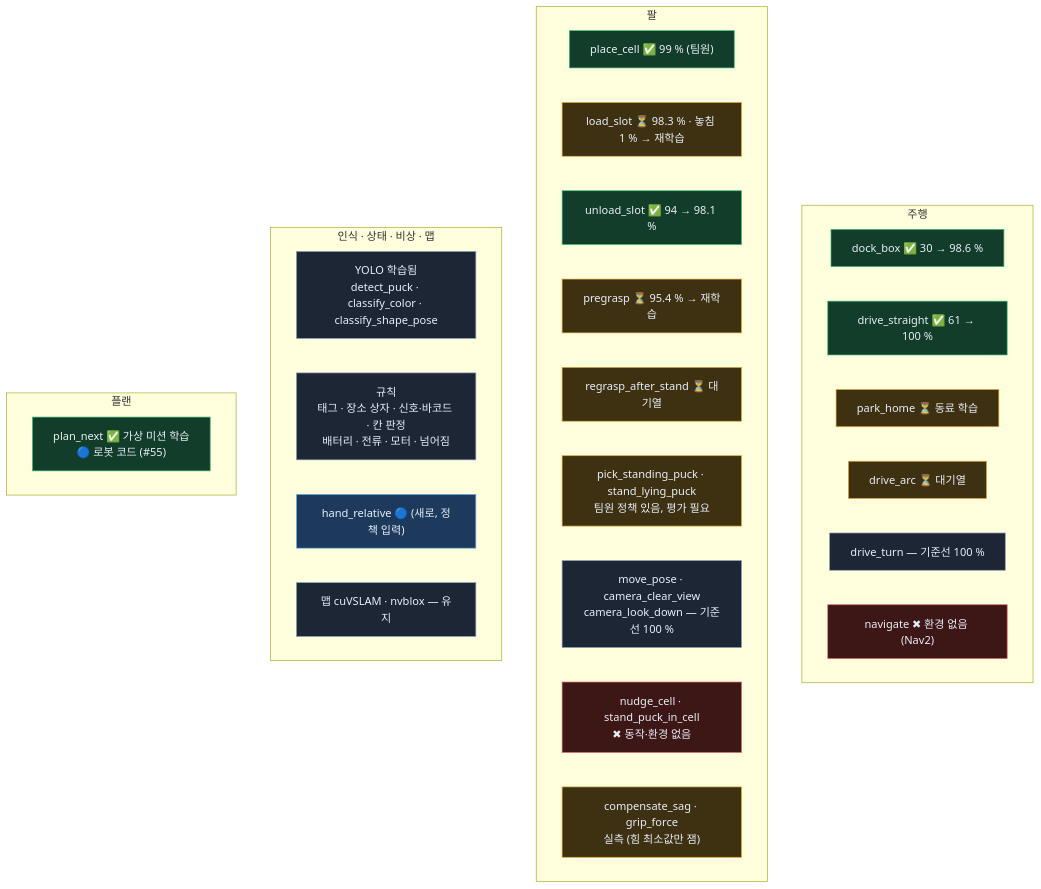
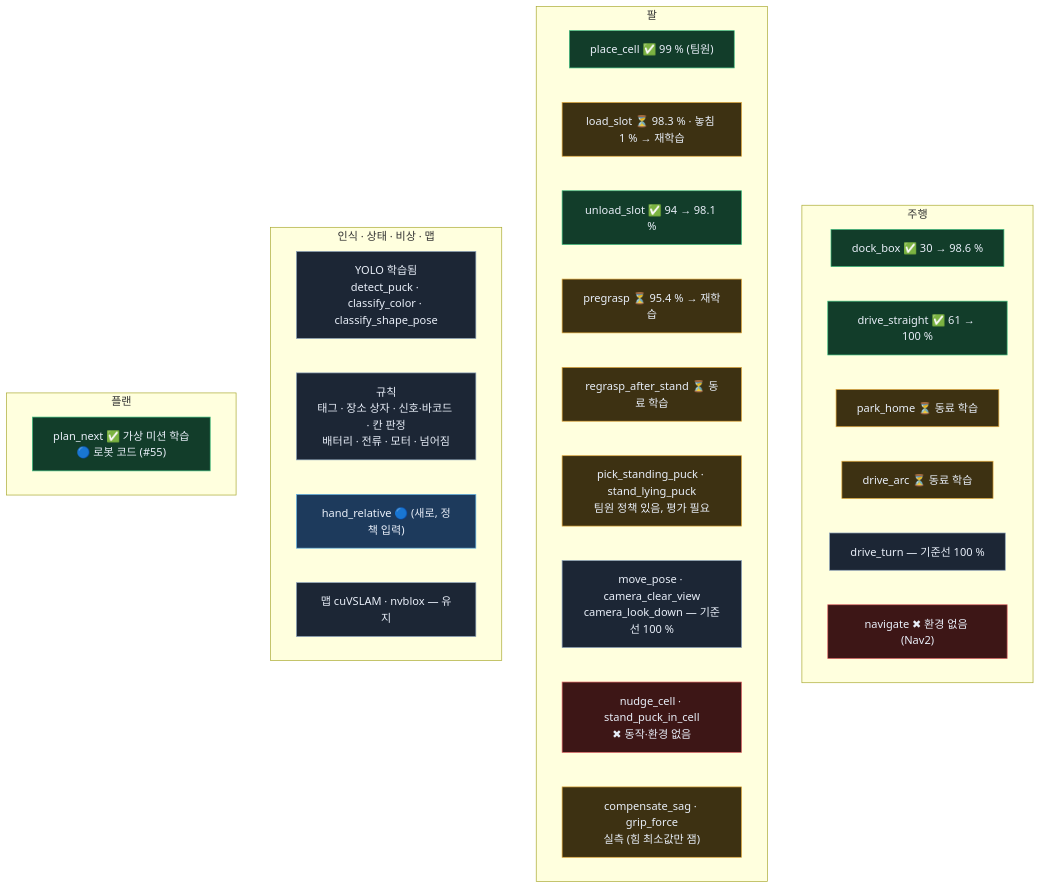
The seventh of 9 diagrams in bee/system-map.md (JuneKunst/JuneKunst.github.io), drawn with Mermaid before and after one commit. The commit also changed other lines of this file and 1 other file, not shown here.

Commit message:
docs: bee 남은 3개는 동료 학습으로 표시

````diff
--- a/bee/system-map.md
+++ b/bee/system-map.md
@@ -280,36 +280,36 @@
 ```mermaid
 flowchart TB
   subgraph g4_DRIVE["주행"]
     g4_d1["dock_box ✅ 30 → 98.6 %"]:::ok
     g4_d2["drive_straight ✅ 61 → 100 %"]:::ok
     g4_d3["park_home ⏳ 동료 학습"]:::wip
-    g4_d4["drive_arc ⏳ 대기열"]:::wip
+    g4_d4["drive_arc ⏳ 동료 학습"]:::wip
     g4_d5["drive_turn — 기준선 100 %"]:::keep
     g4_d6["navigate ✖ 환경 없음 (Nav2)"]:::no
   end
   subgraph g4_ARM["팔"]
     g4_a1["place_cell ✅ 99 % (팀원)"]:::ok
     g4_a2["load_slot ⏳ 98.3 % · 놓침 1 % → 재학습"]:::wip
     g4_a3["unload_slot ✅ 94 → 98.1 %"]:::ok
     g4_a4["pregrasp ⏳ 95.4 % → 재학습"]:::wip
-    g4_a5["regrasp_after_stand ⏳ 대기열"]:::wip
+    g4_a5["regrasp_after_stand ⏳ 동료 학습"]:::wip
     g4_a6["pick_standing_puck · stand_lying_puck<br/>팀원 정책 있음, 평가 필요"]:::wip
     g4_a7["move_pose · camera_clear_view<br/>camera_look_down — 기준선 100 %"]:::keep
     g4_a8["nudge_cell · stand_puck_in_cell<br/>✖ 동작·환경 없음"]:::no
     g4_a9["compensate_sag · grip_force<br/>실측 (힘 최소값만 잼)"]:::wip
   end
   subgraph g4_SENSE["인식 · 상태 · 비상 · 맵"]
     g4_s1["YOLO 학습됨<br/>detect_puck · classify_color · classify_shape_pose"]:::keep
     g4_s2["규칙<br/>태그 · 장소 상자 · 신호·바코드 · 칸 판정<br/>배터리 · 전류 · 모터 · 넘어짐"]:::keep
     g4_s3["hand_relative 🔵 (새로, 정책 입력)"]:::code
     g4_s4["맵 cuVSLAM · nvblox — 유지"]:::keep
   end
   subgraph g4_PLANS["플랜"]
     g4_p1["plan_next ✅ 가상 미션 학습<br/>🔵 로봇 코드 (#55)"]:::ok
   end
   classDef ok fill:#123d2a,stroke:#3fbf7f,color:#e8eef8
   classDef code fill:#1d3a5c,stroke:#67b7e8,color:#e8eef8
   classDef wip fill:#3d3112,stroke:#e2a83a,color:#e8eef8
   classDef no fill:#3d1616,stroke:#e06666,color:#e8eef8
   classDef keep fill:#1c2635,stroke:#8aa0b8,color:#e8eef8
 ```
````
